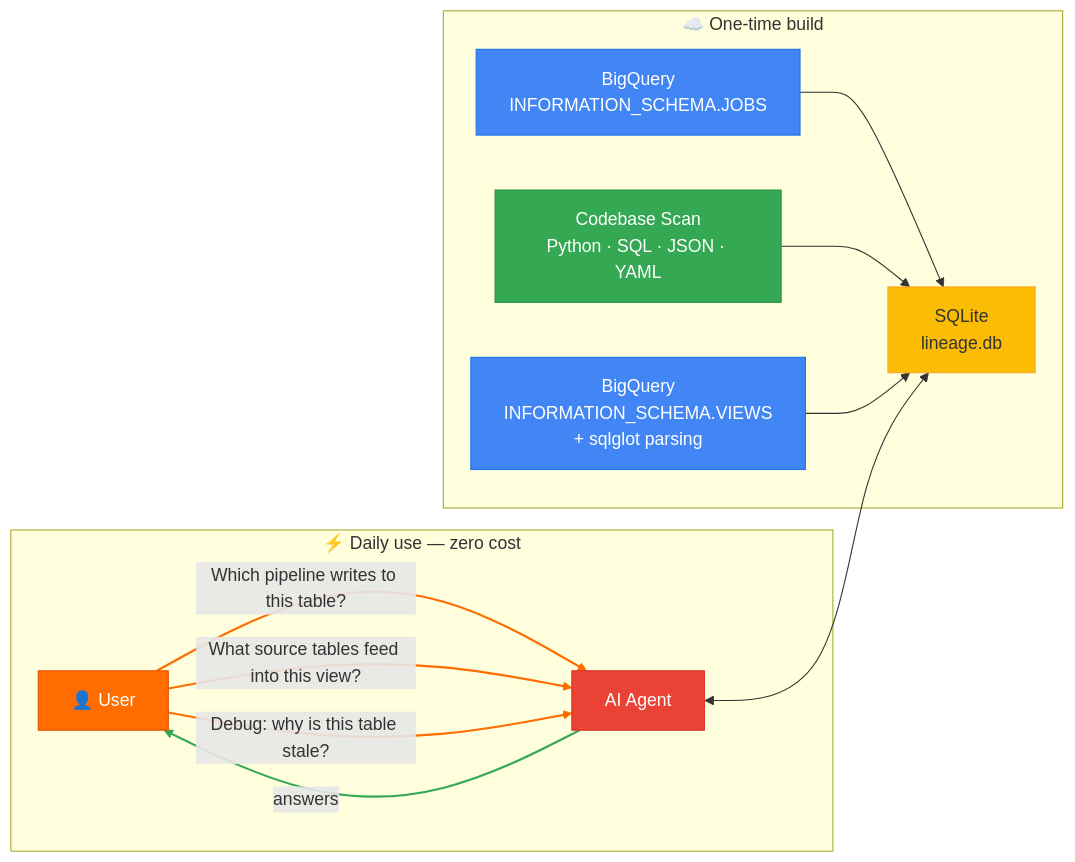
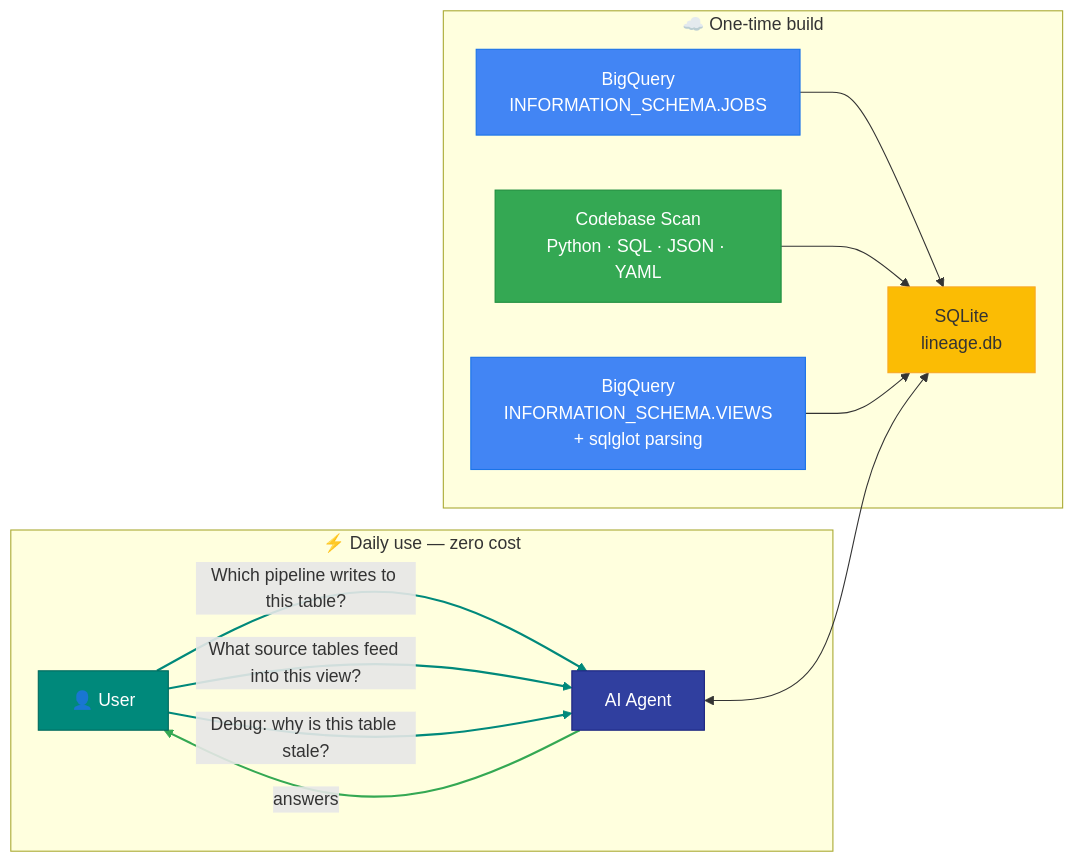
One commit to drharunyuksel/claude-code-lineage-explorer changed the diagram in README.md. Above: the diagram before and after it, drawn with Mermaid.

Commit message:
Update diagram colors: teal user, indigo agent

````diff
--- a/README.md
+++ b/README.md
@@ -49,27 +49,27 @@
 ```mermaid
 flowchart LR
     subgraph build ["☁️ One-time build"]
         A["BigQuery\nINFORMATION_SCHEMA.JOBS"]:::bq --> D["SQLite\nlineage.db"]:::db
         B["Codebase Scan\nPython · SQL · JSON · YAML"]:::code --> D
         C["BigQuery\nINFORMATION_SCHEMA.VIEWS\n+ sqlglot parsing"]:::bq --> D
     end
 
     subgraph use ["⚡ Daily use — zero cost"]
         F["👤 User"]:::user -- "Which pipeline writes to this table?" --> E["AI Agent"]:::agent
         F -- "What source tables feed into this view?" --> E
         F -- "Debug: why is this table stale?" --> E
         E <--> D
         E -- "answers" --> F
     end
 
     classDef bq fill:#4285F4,stroke:#1a73e8,color:#fff
     classDef code fill:#34A853,stroke:#1e8e3e,color:#fff
     classDef db fill:#FBBC04,stroke:#f9a825,color:#333
-    classDef agent fill:#EA4335,stroke:#d93025,color:#fff
-    classDef user fill:#FF6D01,stroke:#E65100,color:#fff
+    classDef agent fill:#303F9F,stroke:#1A237E,color:#fff
+    classDef user fill:#00897B,stroke:#00695C,color:#fff
 
-    linkStyle 3 stroke:#FF6D01,stroke-width:2px
-    linkStyle 4 stroke:#FF6D01,stroke-width:2px
-    linkStyle 5 stroke:#FF6D01,stroke-width:2px
+    linkStyle 3 stroke:#00897B,stroke-width:2px
+    linkStyle 4 stroke:#00897B,stroke-width:2px
+    linkStyle 5 stroke:#00897B,stroke-width:2px
     linkStyle 7 stroke:#34A853,stroke-width:2px
 ```
````
